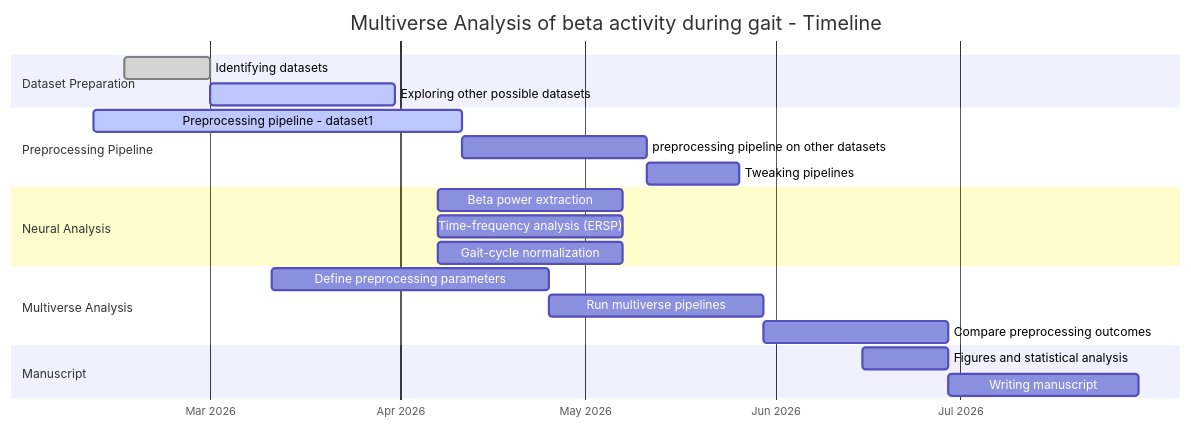
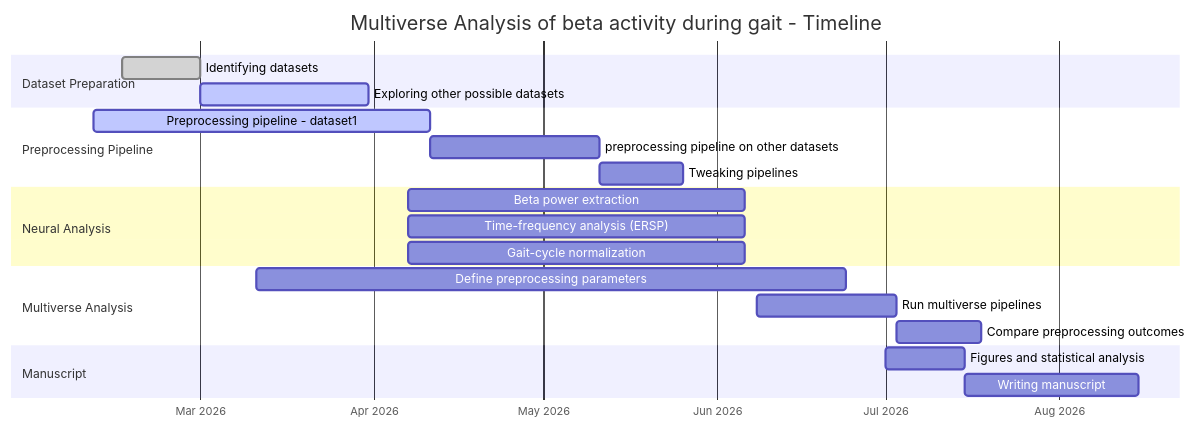
Before and after one commit to vaishvd/betaGaitMultiverse: the second of 2 diagrams in readme.md, drawn with Mermaid.

Commit message:
Adjust timelines for Neural and Multiverse Analysis
Updated durations for various analysis tasks in the readme.

````diff
--- a/readme.md
+++ b/readme.md
@@ -585,29 +585,29 @@
 ```mermaid
 gantt
     title Multiverse Analysis of beta activity during gait - Timeline
     dateFormat  YYYY-MM-DD
     axisFormat  %b %Y
 
     section Dataset Preparation
     Identifying datasets          :done, a1, 2026-02-15, 14d
     Exploring other possible datasets    :active, a2, after a1, 30d
 
     section Preprocessing Pipeline
     Preprocessing pipeline - dataset1    :active, b1, 2026-02-10, 60d
     preprocessing pipeline on other datasets       :b2, after b1, 30d
     Tweaking pipelines          :b3, after b2, 15d
 
     section Neural Analysis
-    Beta power extraction               :c1, 2026-04-07, 30d
-    Time-frequency analysis (ERSP)      :c2, 2026-04-07, 30d
-    Gait-cycle normalization            :c3, 2026-04-07, 30d
+    Beta power extraction               :c1, 2026-04-07, 60d
+    Time-frequency analysis (ERSP)      :c2, 2026-04-07, 60d
+    Gait-cycle normalization            :c3, 2026-04-07, 60d
 
     section Multiverse Analysis
-    Define preprocessing parameters     :d1, 2026-03-11, 45d
-    Run multiverse pipelines            :d2, after d1, 35d
-    Compare preprocessing outcomes      :d3, after d2, 30d
+    Define preprocessing parameters     :d1, 2026-03-11, 105d
+    Run multiverse pipelines            :d2, 2026-06-08 , 25d
+    Compare preprocessing outcomes      :d3, after d2, 15d
 
     section Manuscript
-    Figures and statistical analysis    :e1, 2026-06-15, 14d
+    Figures and statistical analysis    :e1, 2026-07-01, 14d
     Writing manuscript                  :e2, after e1, 31d
 ```
````
